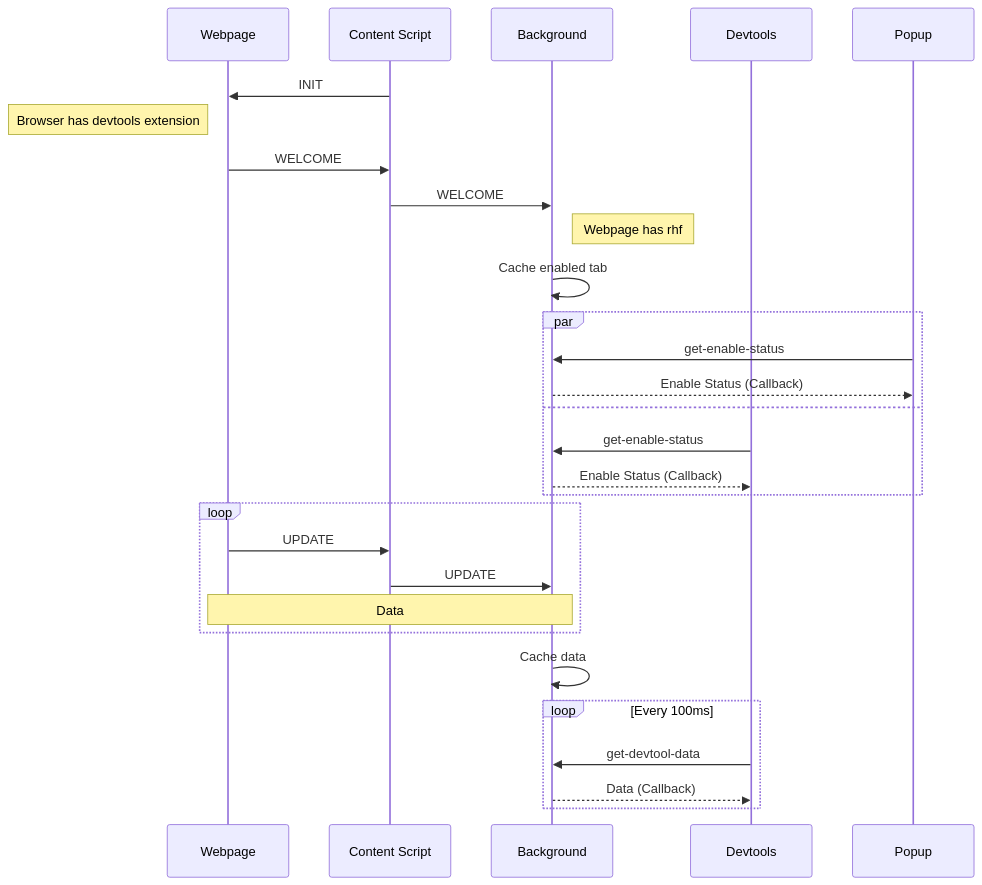
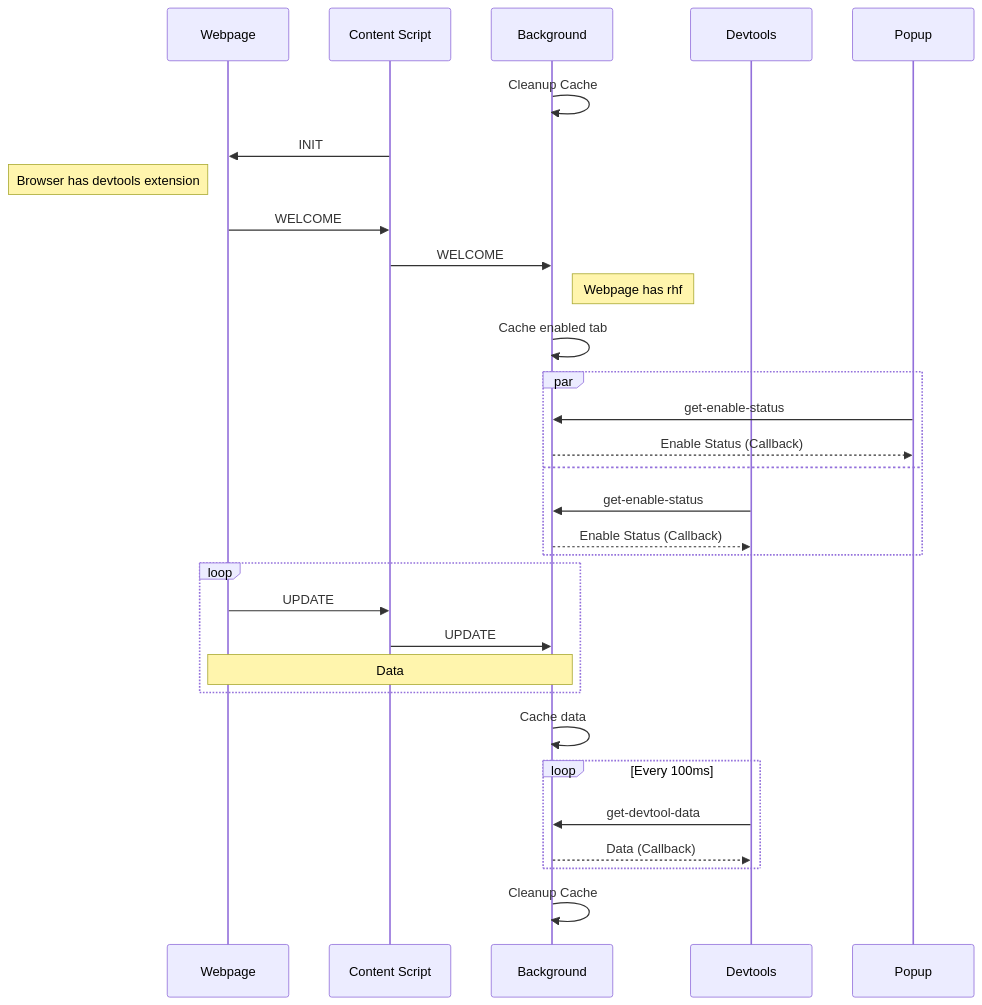
The diagram in README.md (react-hook-form/devtools-extension), drawn with Mermaid before and after one commit.

Commit message:
docs(messaging-flow): add background cleanup cache

````diff
--- a/README.md
+++ b/README.md
@@ -45,31 +45,33 @@
 ```mermaid
 sequenceDiagram
   participant Webpage
   participant Content Script
   participant Background
   participant Devtools
   participant Popup
+  Background->>Background: Cleanup Cache
   Content Script->>Webpage: INIT
   Note left of Webpage: Browser has devtools extension
   Webpage->>Content Script: WELCOME
   Content Script->>Background: WELCOME
   Note right of Background: Webpage has rhf
   Background->>Background: Cache enabled tab
   par
     Popup->>Background: get-enable-status
     Background-->>Popup: Enable Status (Callback)
   and
     Devtools->>Background: get-enable-status
     Background-->>Devtools: Enable Status (Callback)
   end
   loop
     Webpage->>Content Script: UPDATE
     Content Script->>Background: UPDATE
     Note over Webpage,Background: Data
   end
   Background->>Background: Cache data
   loop Every 100ms
     Devtools->>Background: get-devtool-data
     Background-->>Devtools: Data (Callback)
   end
+  Background->>Background: Cleanup Cache
 ```
````
